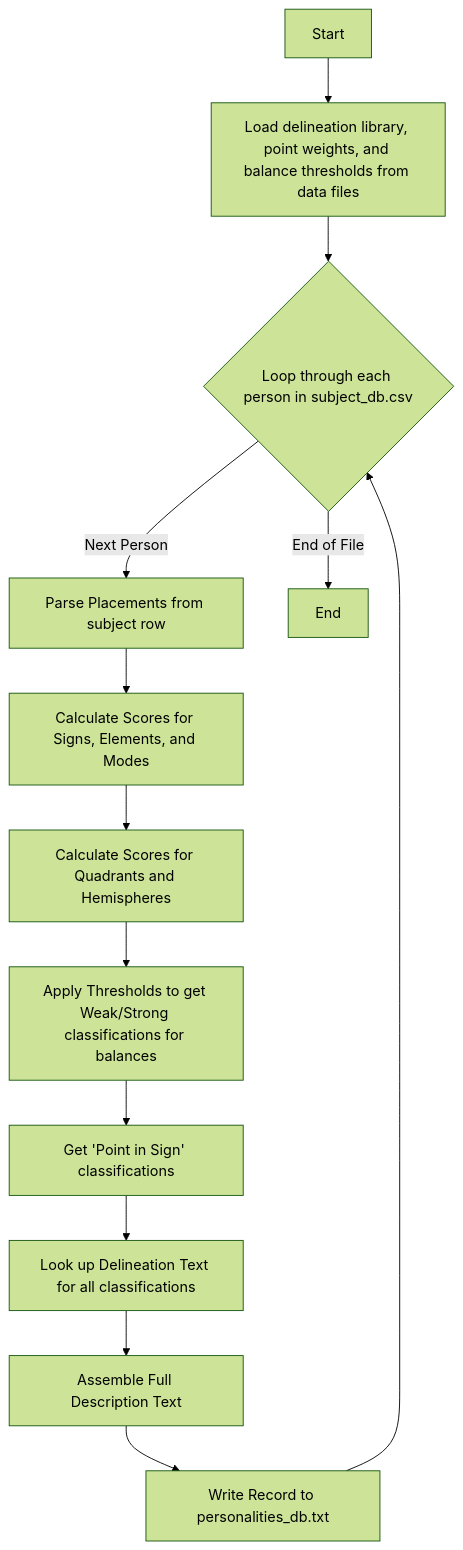
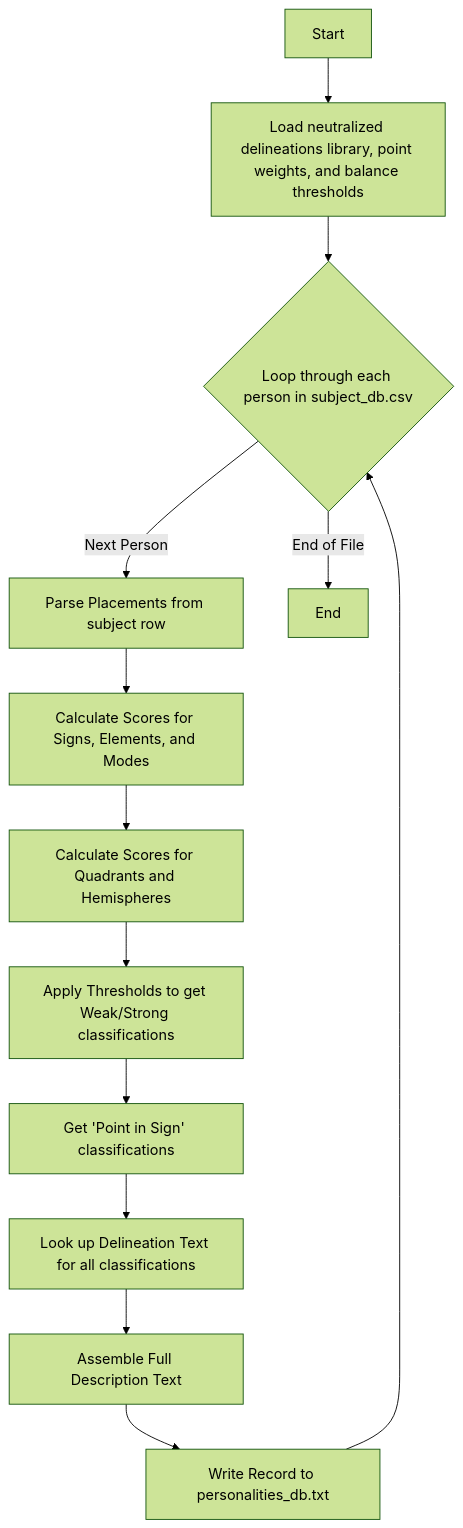
One commit to peterjmarko/llm-narrative-framework changed the diagram in docs/diagrams/logic_prep_generation.mmd. Above: the diagram before and after it, drawn with Mermaid (forest theme). The commit also changed 34 other files, not shown here.

```diff
--- a/docs/diagrams/logic_prep_generation.mmd
+++ b/docs/diagrams/logic_prep_generation.mmd
@@ -1,13 +1,13 @@
 graph TD
-    A[Start] --> B["Load delineation library, point weights, and balance thresholds from data files"];
+    A[Start] --> B["Load neutralized delineations library, point weights, and balance thresholds"];
     B --> C{Loop through each person in subject_db.csv};
     C -- Next Person --> D[Parse Placements from subject row];
     D --> E["Calculate Scores for Signs, Elements, and Modes"];
     E --> F["Calculate Scores for Quadrants and Hemispheres"];
-    F --> G[Apply Thresholds to get Weak/Strong classifications for balances];
+    F --> G[Apply Thresholds to get Weak/Strong classifications];
     G --> H[Get 'Point in Sign' classifications];
     H --> I[Look up Delineation Text for all classifications];
     I --> J[Assemble Full Description Text];
     J --> K[Write Record to personalities_db.txt];
     K --> C;
     C -- End of File --> L[End];
```
